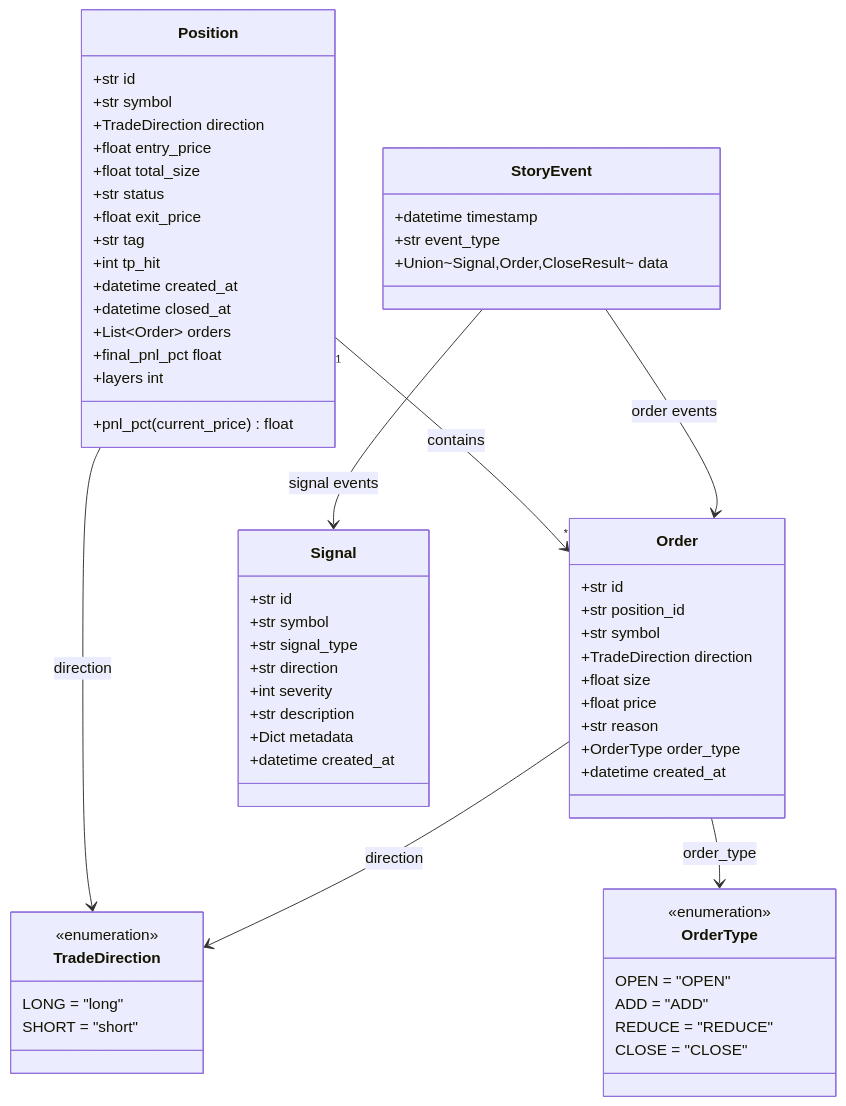
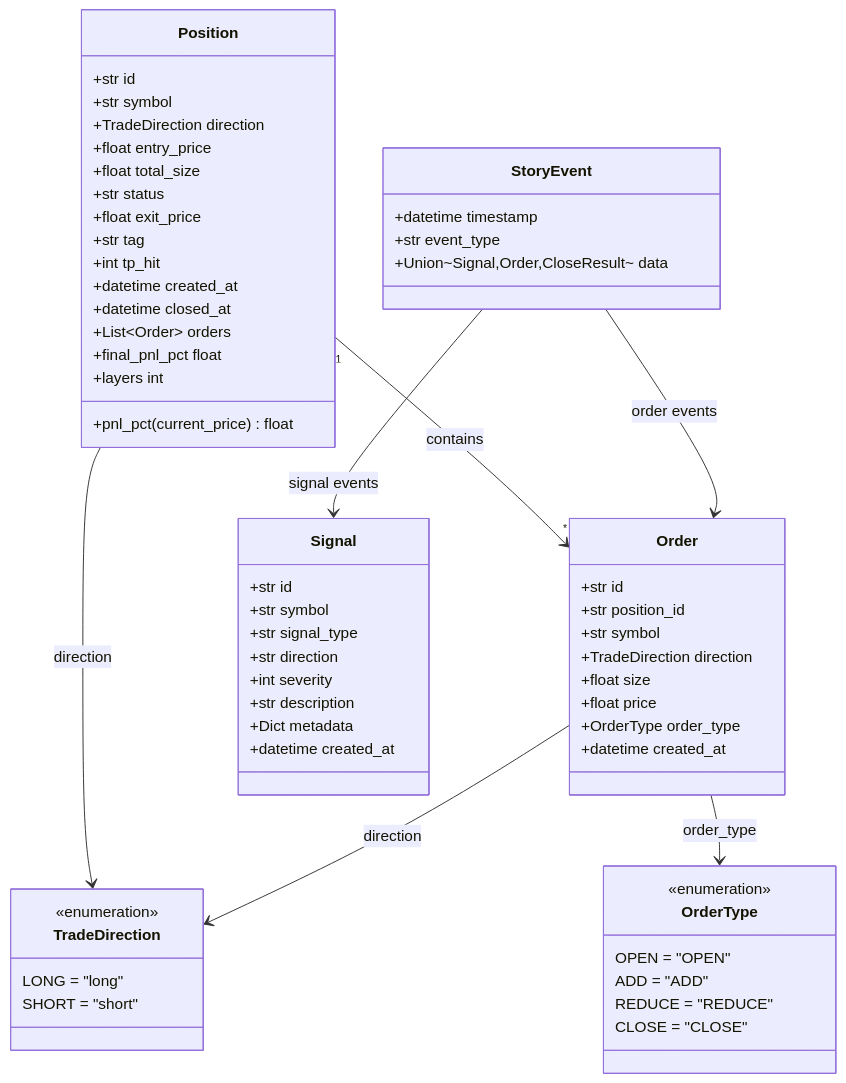
Before and after one commit to cqlwm/trading-service: the first of 3 diagrams in architecture_document/03-domain-model.md, drawn with Mermaid. The commit also changed other lines of this file and 33 other files, not shown here.

````diff
--- a/architecture_document/03-domain-model.md
+++ b/architecture_document/03-domain-model.md
@@ -7,70 +7,69 @@
 ```mermaid
 classDiagram
     class Position {
         +str id
         +str symbol
         +TradeDirection direction
         +float entry_price
         +float total_size
         +str status
         +float exit_price
         +str tag
         +int tp_hit
         +datetime created_at
         +datetime closed_at
         +List~Order~ orders
         +pnl_pct(current_price) float
         +final_pnl_pct float
         +layers int
     }
 
     class Order {
         +str id
         +str position_id
         +str symbol
         +TradeDirection direction
         +float size
         +float price
-        +str reason
         +OrderType order_type
         +datetime created_at
     }
 
     class Signal {
         +str id
         +str symbol
         +str signal_type
         +str direction
         +int severity
         +str description
         +Dict metadata
         +datetime created_at
     }
 
     class TradeDirection {
         <<enumeration>>
         LONG = "long"
         SHORT = "short"
     }
 
     class OrderType {
         <<enumeration>>
         OPEN = "OPEN"
         ADD = "ADD"
         REDUCE = "REDUCE"
         CLOSE = "CLOSE"
     }
 
     class StoryEvent {
         +datetime timestamp
         +str event_type
         +Union~Signal,Order,CloseResult~ data
     }
 
     Position "1" --> "*" Order : contains
     Position --> TradeDirection : direction
     Order --> TradeDirection : direction
     Order --> OrderType : order_type
     StoryEvent --> Signal : signal events
     StoryEvent --> Order : order events
 ```
````
